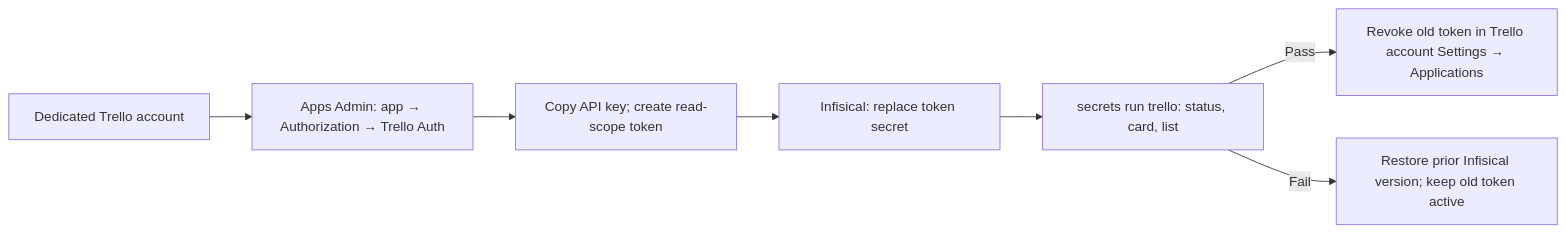
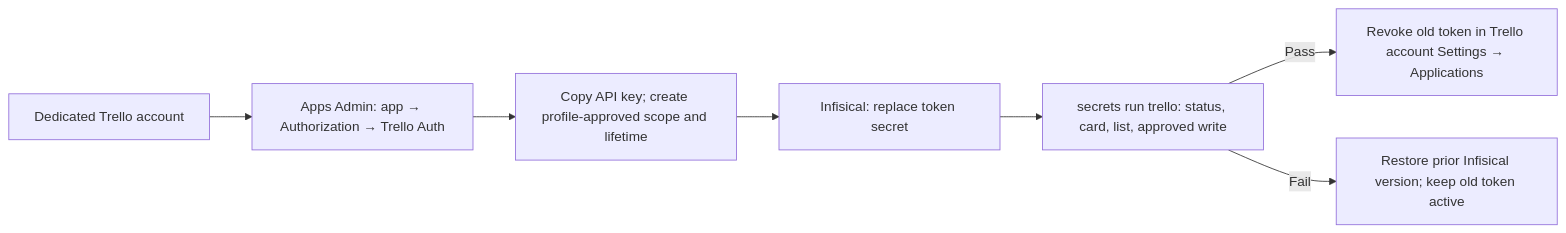
One commit to starodubtsevconsulting/ai-fleas changed the diagram in ai-commands/connect/trello/trello.scenario.md. Above: the diagram before and after it, drawn with Mermaid. The commit also changed other lines of this file and 5 other files, not shown here.

Commit message:
Add bounded Trello write operations

````diff
--- a/ai-commands/connect/trello/trello.scenario.md
+++ b/ai-commands/connect/trello/trello.scenario.md
@@ -46,9 +56,9 @@
 ```mermaid
 flowchart LR
   A[Dedicated Trello account] --> B[Apps Admin: app → Authorization → Trello Auth]
-  B --> C[Copy API key; create read-scope token]
+  B --> C[Copy API key; create profile-approved scope and lifetime]
   C --> D[Infisical: replace token secret]
-  D --> E[secrets run trello: status, card, list]
+  D --> E[secrets run trello: status, card, list, approved write]
   E -->|Pass| F[Revoke old token in Trello account Settings → Applications]
   E -->|Fail| G[Restore prior Infisical version; keep old token active]
 ```
````
